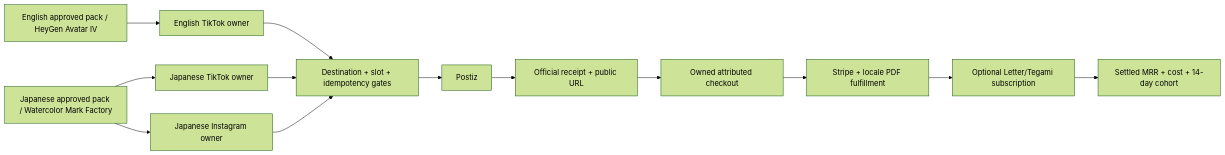
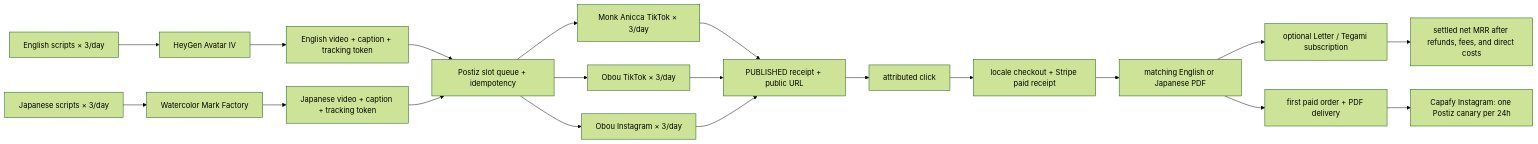
The diagram in docs/superpowers/plans/2026-10-08-ebook-monk-marketing-unblock.md (Daisuke134/life-manager), drawn with Mermaid (forest theme) before and after one commit. The commit also changed other lines of this file and 2 other files, not shown here.

Commit message:
docs: refresh eBook delivery cursor

````diff
--- a/docs/superpowers/plans/2026-10-08-ebook-monk-marketing-unblock.md
+++ b/docs/superpowers/plans/2026-10-08-ebook-monk-marketing-unblock.md
@@ -11,15 +11,22 @@
 ```mermaid
 flowchart LR
-  EN[English approved pack / HeyGen Avatar IV] --> E[English TikTok owner]
-  JA[Japanese approved pack / Watercolor Mark Factory] --> JT[Japanese TikTok owner]
-  JA --> JI[Japanese Instagram owner]
-  E --> G[Destination + slot + idempotency gates]
-  JT --> G
-  JI --> G
-  G --> P[Postiz]
-  P --> R[Official receipt + public URL]
-  R --> C[Owned attributed checkout]
-  C --> S[Stripe + locale PDF fulfillment]
-  S --> L[Optional Letter/Tegami subscription]
-  L --> M[Settled MRR + cost + 14-day cohort]
+  ENS["English scripts × 3/day"] --> HG["HeyGen Avatar IV"]
+  JAS["Japanese scripts × 3/day"] --> WMF["Watercolor Mark Factory"]
+  HG --> EV["English video + caption + tracking token"]
+  WMF --> JV["Japanese video + caption + tracking token"]
+  EV --> PZ["Postiz slot queue + idempotency"]
+  JV --> PZ
+  PZ --> ENT["Monk Anicca TikTok × 3/day"]
+  PZ --> JAT["Obou TikTok × 3/day"]
+  PZ --> JAI["Obou Instagram × 3/day"]
+  ENT --> PUB["PUBLISHED receipt + public URL"]
+  JAT --> PUB
+  JAI --> PUB
+  PUB --> CLICK["attributed click"]
+  CLICK --> CO["locale checkout + Stripe paid receipt"]
+  CO --> PDF["matching English or Japanese PDF"]
+  PDF --> SUB["optional Letter / Tegami subscription"]
+  SUB --> MRR["settled net MRR after refunds, fees, and direct costs"]
+  PDF --> FIRST["first paid order + PDF delivery"]
+  FIRST --> CAP["Capafy Instagram: one Postiz canary per 24h"]
 ```
````
